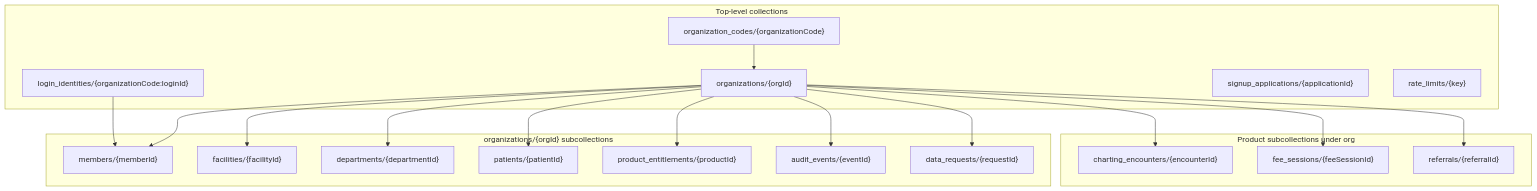
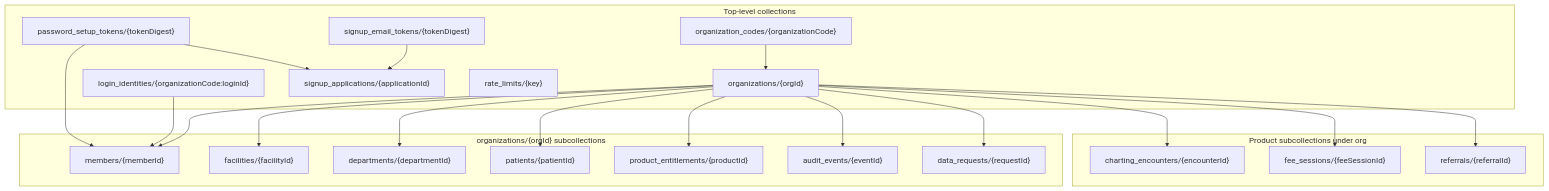
The second of 2 diagrams in docs/architecture/002-platform-data-model.md (k-hirade/halunasu), drawn with Mermaid before and after one commit. The commit also changed other lines of this file and 44 other files, not shown here.

````diff
--- a/docs/architecture/002-platform-data-model.md
+++ b/docs/architecture/002-platform-data-model.md
@@ -69,40 +69,45 @@
 ```mermaid
 flowchart TB
   subgraph TopLevel["Top-level collections"]
     ORGS["organizations/{orgId}"]
     CODES["organization_codes/{organizationCode}"]
     IDS["login_identities/{organizationCode:loginId}"]
     SIGNUP["signup_applications/{applicationId}"]
+    EMAILTOK["signup_email_tokens/{tokenDigest}"]
+    SETUPTOK["password_setup_tokens/{tokenDigest}"]
     RATE["rate_limits/{key}"]
   end
 
   subgraph OrgSub["organizations/{orgId} subcollections"]
     MEMBERS["members/{memberId}"]
     FAC["facilities/{facilityId}"]
     DEP["departments/{departmentId}"]
     PAT["patients/{patientId}"]
     ENT["product_entitlements/{productId}"]
     AUD["audit_events/{eventId}"]
     DEL["data_requests/{requestId}"]
   end
 
   subgraph ProductSub["Product subcollections under org"]
     CENC["charting_encounters/{encounterId}"]
     FSES["fee_sessions/{feeSessionId}"]
     REF["referrals/{referralId}"]
   end
 
   ORGS --> MEMBERS
   ORGS --> FAC
   ORGS --> DEP
   ORGS --> PAT
   ORGS --> ENT
   ORGS --> AUD
   ORGS --> DEL
   ORGS --> CENC
   ORGS --> FSES
   ORGS --> REF
 
   CODES --> ORGS
   IDS --> MEMBERS
+  EMAILTOK --> SIGNUP
+  SETUPTOK --> SIGNUP
+  SETUPTOK --> MEMBERS
 ```
````
